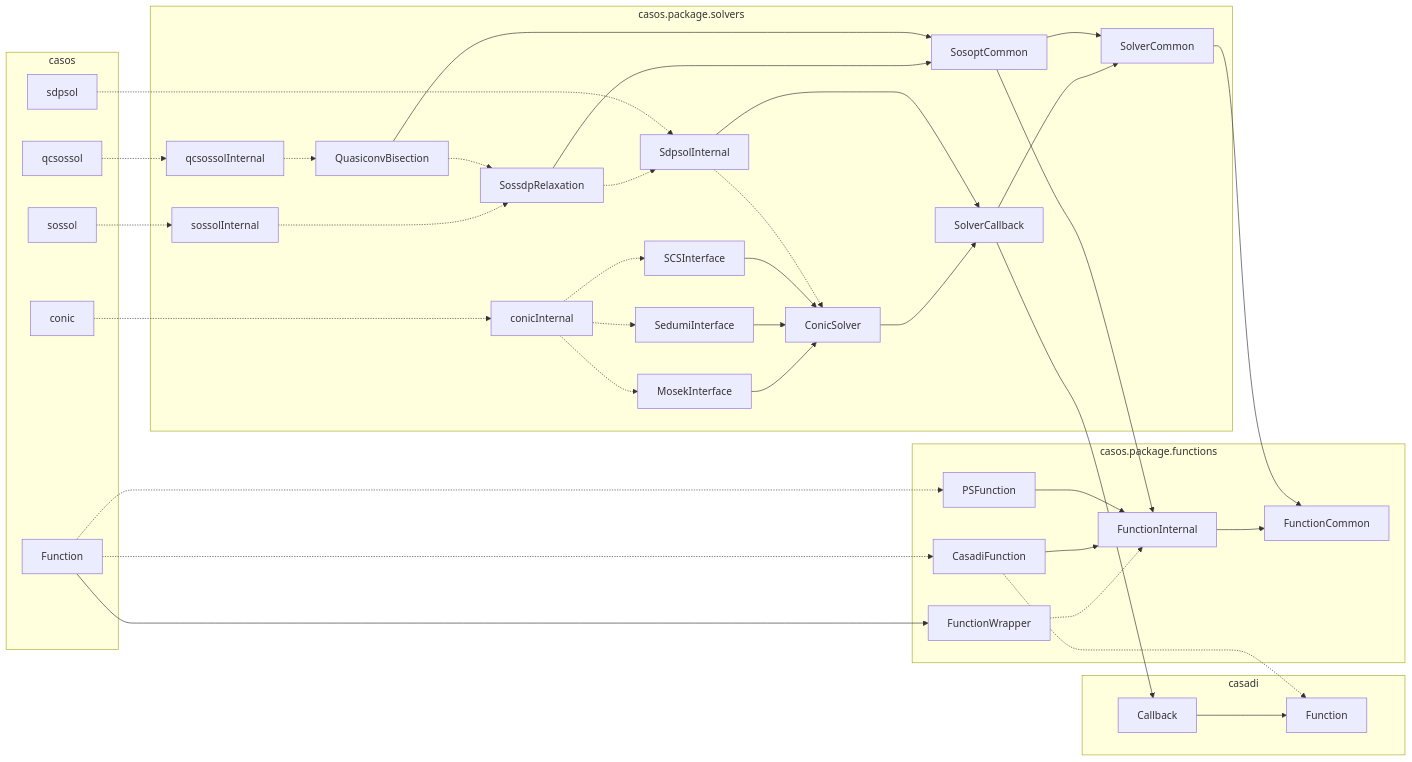
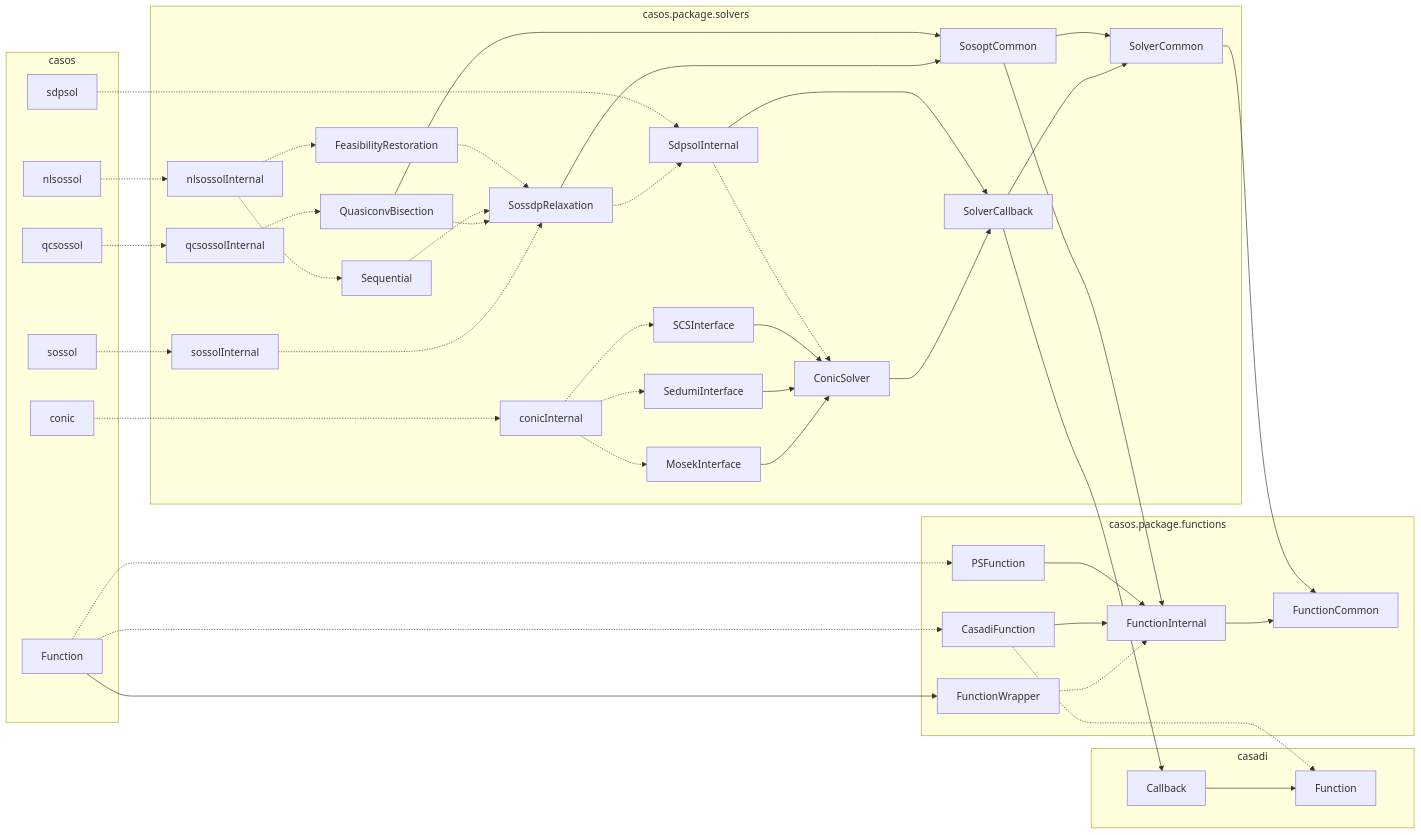
Before and after one commit to iFR-ACSO/casos: the second of 2 diagrams in +casos/+package/README.md, drawn with Mermaid. The commit also changed 8 other files, not shown here.

````diff
--- a/+casos/+package/README.md
+++ b/+casos/+package/README.md
@@ -41,49 +41,56 @@
 ```mermaid
 flowchart LR
   subgraph casadi
     casadi.Callback[Callback] --> casadi.Function[Function]
   end
   subgraph casos
     casos.Function[Function]
     casos.conic[conic]
     casos.sdpsol[sdpsol]
     casos.sossol[sossol]
     casos.qcsossol[qcsossol]
+    casos.nlsossol[nlsossol]
   end
   subgraph casos.package.functions
     FunctionInternal --> FunctionCommon
     FunctionWrapper -.-> FunctionInternal
     CasadiFunction --> FunctionInternal
     PSFunction --> FunctionInternal
   end
   subgraph casos.package.solvers
     ConicSolver --> SolverCallback
     SolverCallback --> SolverCommon
     MosekInterface --> ConicSolver
     SedumiInterface --> ConicSolver
     SCSInterface --> ConicSolver
     SdpsolInternal --> SolverCallback
     SdpsolInternal -.-> ConicSolver
     conicInternal -.-> MosekInterface
     conicInternal -.-> SedumiInterface
     conicInternal -.-> SCSInterface
     SosoptCommon --> SolverCommon
     sossolInternal -.-> SossdpRelaxation
     SossdpRelaxation --> SosoptCommon
     SossdpRelaxation -.-> SdpsolInternal
     qcsossolInternal -.-> QuasiconvBisection
     QuasiconvBisection --> SosoptCommon
     QuasiconvBisection -.-> SossdpRelaxation
+    casos.nlsossol -.-> nlsossolInternal
+    nlsossolInternal -.-> Sequential
+    Sequential -.-> SossdpRelaxation
+    nlsossolInternal -.-> FeasibilityRestoration
+    FeasibilityRestoration -.-> SossdpRelaxation
   end
   casos.Function --> FunctionWrapper
   casos.Function -.-> CasadiFunction
   casos.Function -.-> PSFunction
   CasadiFunction -.-> casadi.Function
   SolverCallback --> casadi.Callback
   SolverCommon --> FunctionCommon
   SosoptCommon --> FunctionInternal
   casos.conic -.-> conicInternal
   casos.sdpsol -.-> SdpsolInternal
   casos.sossol -.-> sossolInternal
   casos.qcsossol -.-> qcsossolInternal
+
 ```
````
